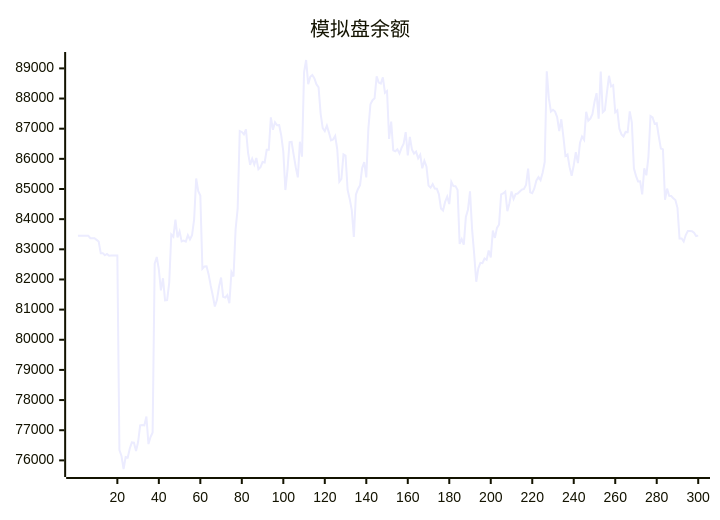
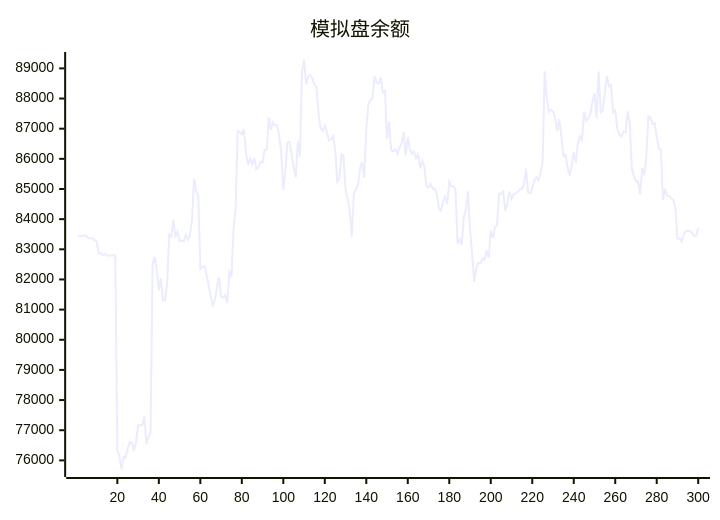
Before and after one commit to aahl/ai-trading: the diagram in README.md, drawn with Mermaid. The commit also changed other lines of this file and 1 other file, not shown here.

````diff
--- a/README.md
+++ b/README.md
@@ -5,5 +5,5 @@
 ```mermaid
 xychart
     title "模拟盘余额"
-    line [83446,83447,83448,83447,83448,83449,83369,83369,83369,83313,83256,82872,82873,82801,82844,82785,82791,82791,82793,82794,76339,76145,75714,76110,76096,76397,76594,76585,76310,76607,77160,77170,77160,77456,76541,76774,76927,82520,82744,82337,81639,82040,81307,81314,81887,83490,83414,83984,83396,83594,83261,83287,83253,83470,83327,83465,83987,85348,84930,84786,82355,82433,82438,82167,81795,81466,81105,81315,81756,82064,81426,81398,81481,81210,82242,82099,83658,84359,86925,86892,86814,86980,86203,85802,86003,85811,86028,85657,85721,85896,85880,86300,86299,87378,86965,87214,87115,87118,86780,86238,84966,85623,86555,86562,86129,85722,85387,86569,86070,88870,89278,88477,88720,88781,88668,88467,88372,87493,87018,86917,87102,86870,86613,86644,86758,86317,85242,85334,86149,86106,84968,84671,84302,83410,84816,85001,85127,85693,85891,85384,87001,87811,87945,88007,88734,88528,88495,88705,88189,88248,86662,87234,86279,86251,86314,86177,86364,86503,86886,86114,86731,86310,86176,86240,86017,86136,85685,85938,85749,85111,85044,85164,85016,85008,84824,84354,84287,84572,84745,84500,85234,85096,85095,84970,83180,83338,83157,84070,84309,84922,83667,82850,81924,82369,82552,82539,82695,82648,82962,82728,83619,83378,83710,83825,84819,84854,84917,84265,84527,84919,84668,84834,84850,84916,84981,85004,85131,85674,84891,84864,85019,85284,85393,85294,85538,85894,88904,88012,87567,87625,87568,87386,86920,87313,86737,86094,86143,85725,85437,85787,86219,85859,86526,86740,86630,87563,87264,87335,87483,87886,88180,87335,88894,87544,87608,88207,88755,88401,88444,87543,87608,87000,86810,86740,86894,86884,87576,87209,85686,85435,85251,85255,84820,85689,85453,86066,87420,87373,87161,87178,86740,86341,86315,84643,85012,84772,84768,84690,84635,84376,83360,83357,83259,83474,83608,83606,83602,83548,83440,83454]
+    line [83447,83448,83447,83448,83449,83369,83369,83369,83313,83256,82872,82873,82801,82844,82785,82791,82791,82793,82794,76339,76145,75714,76110,76096,76397,76594,76585,76310,76607,77160,77170,77160,77456,76541,76774,76927,82520,82744,82337,81639,82040,81307,81314,81887,83490,83414,83984,83396,83594,83261,83287,83253,83470,83327,83465,83987,85348,84930,84786,82355,82433,82438,82167,81795,81466,81105,81315,81756,82064,81426,81398,81481,81210,82242,82099,83658,84359,86925,86892,86814,86980,86203,85802,86003,85811,86028,85657,85721,85896,85880,86300,86299,87378,86965,87214,87115,87118,86780,86238,84966,85623,86555,86562,86129,85722,85387,86569,86070,88870,89278,88477,88720,88781,88668,88467,88372,87493,87018,86917,87102,86870,86613,86644,86758,86317,85242,85334,86149,86106,84968,84671,84302,83410,84816,85001,85127,85693,85891,85384,87001,87811,87945,88007,88734,88528,88495,88705,88189,88248,86662,87234,86279,86251,86314,86177,86364,86503,86886,86114,86731,86310,86176,86240,86017,86136,85685,85938,85749,85111,85044,85164,85016,85008,84824,84354,84287,84572,84745,84500,85234,85096,85095,84970,83180,83338,83157,84070,84309,84922,83667,82850,81924,82369,82552,82539,82695,82648,82962,82728,83619,83378,83710,83825,84819,84854,84917,84265,84527,84919,84668,84834,84850,84916,84981,85004,85131,85674,84891,84864,85019,85284,85393,85294,85538,85894,88904,88012,87567,87625,87568,87386,86920,87313,86737,86094,86143,85725,85437,85787,86219,85859,86526,86740,86630,87563,87264,87335,87483,87886,88180,87335,88894,87544,87608,88207,88755,88401,88444,87543,87608,87000,86810,86740,86894,86884,87576,87209,85686,85435,85251,85255,84820,85689,85453,86066,87420,87373,87161,87178,86740,86341,86315,84643,85012,84772,84768,84690,84635,84376,83360,83357,83259,83474,83608,83606,83602,83548,83440,83454,83724]
 ```
````
